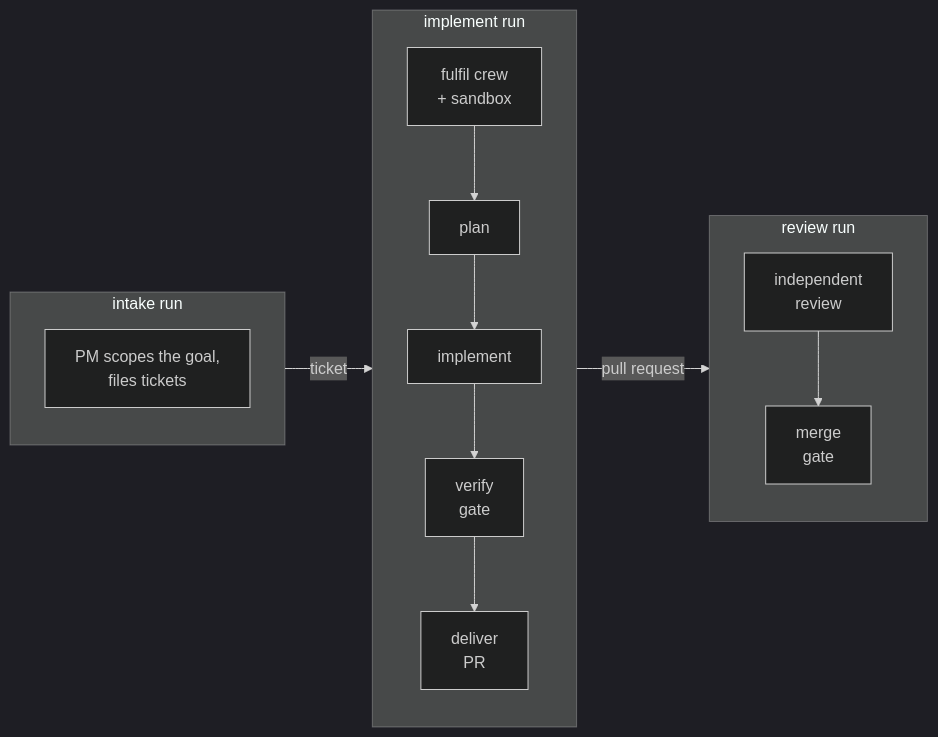
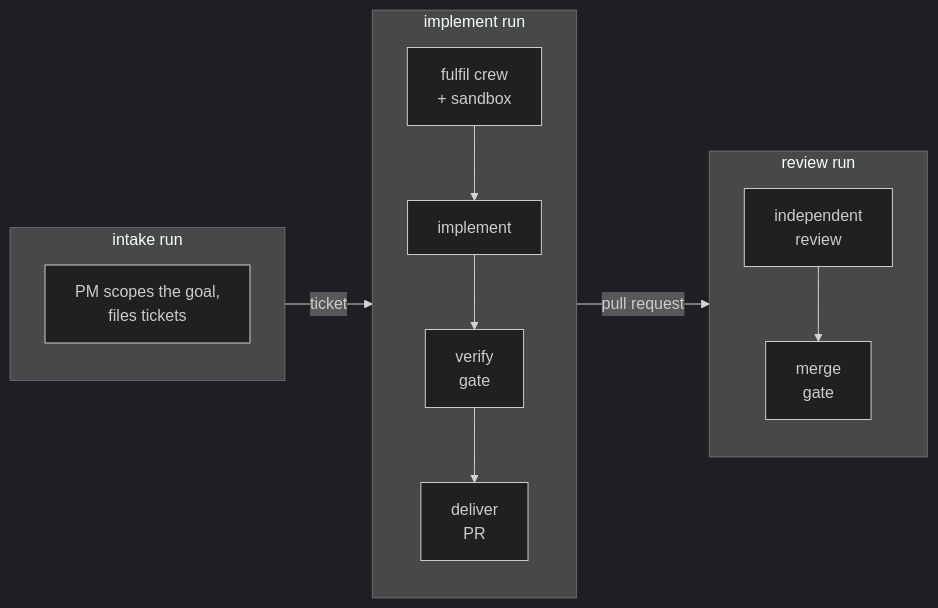
Before and after one commit to mathbrus/poseidon-prototype: the fourth of 4 diagrams in README.md, drawn with Mermaid (dark theme). The commit also changed other lines of this file and 49 other files, not shown here.

````diff
--- a/README.md
+++ b/README.md
@@ -400,13 +400,13 @@
 ```mermaid
 flowchart LR
     subgraph intake ["intake run"]
         IN["PM scopes the goal,<br/>files tickets"]
     end
     subgraph implement ["implement run"]
-        FU["fulfil crew<br/>+ sandbox"] --> PL["plan"] --> IM["implement"] --> VG["verify<br/>gate"] --> DE["deliver<br/>PR"]
+        FU["fulfil crew<br/>+ sandbox"] --> IM["implement"] --> VG["verify<br/>gate"] --> DE["deliver<br/>PR"]
     end
     subgraph review ["review run"]
         RV["independent<br/>review"] --> MG["merge<br/>gate"]
     end
     intake -->|ticket| implement -->|pull request| review
 ```
````
